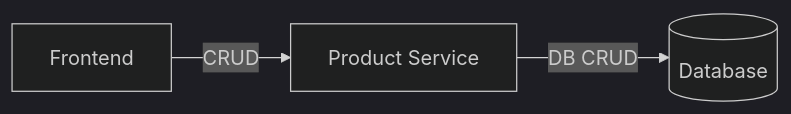
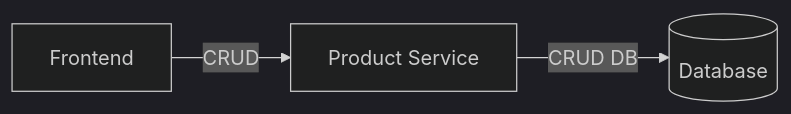
One commit to Kakayano/micro-services changed the diagram in docs/product-service.md. Above: the diagram before and after it, drawn with Mermaid (dark theme). The commit also changed other lines of this file and 1 other file, not shown here.

````diff
--- a/docs/product-service.md
+++ b/docs/product-service.md
@@ -12,5 +17,5 @@
 ```mermaid
 flowchart LR
     FE[Frontend] -->|CRUD| PS[Product Service]
-    PS -->|DB CRUD| DB[(Database)]
+    PS -->|CRUD DB| DB[(Database)]
 ```
````
